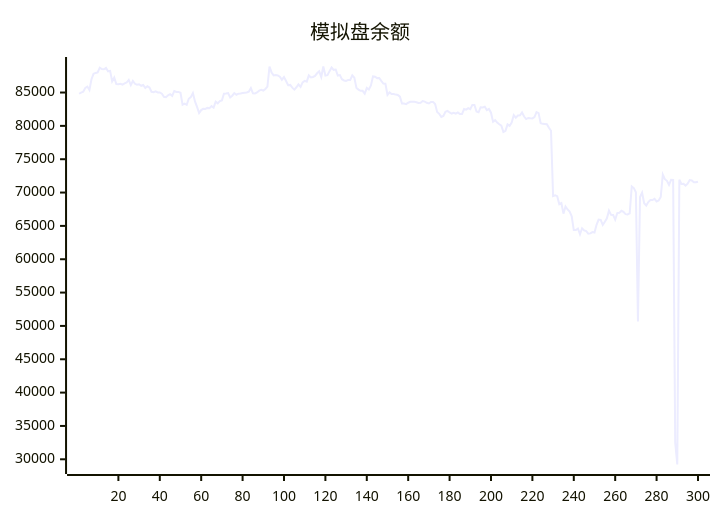
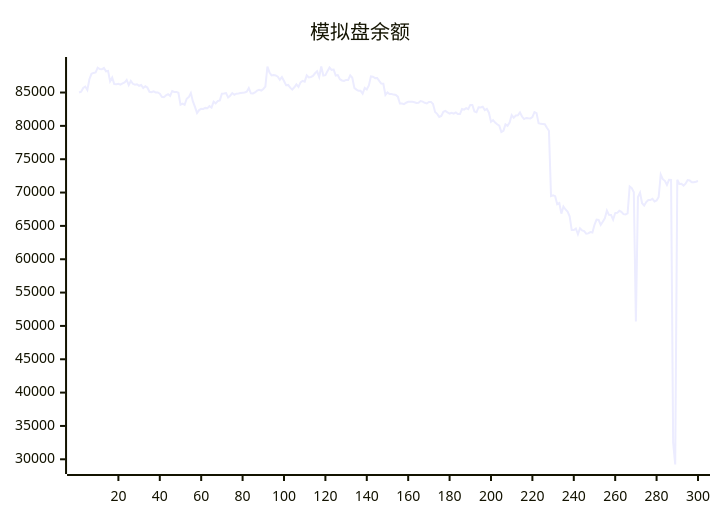
The diagram in README.md (aahl/ai-trading), drawn with Mermaid before and after one commit. The commit also changed other lines of this file and 1 other file, not shown here.

````diff
--- a/README.md
+++ b/README.md
@@ -5,5 +5,5 @@
 ```mermaid
 xychart
     title "模拟盘余额"
-    line [84816,85001,85127,85693,85891,85384,87001,87811,87945,88007,88734,88528,88495,88705,88189,88248,86662,87234,86279,86251,86314,86177,86364,86503,86886,86114,86731,86310,86176,86240,86017,86136,85685,85938,85749,85111,85044,85164,85016,85008,84824,84354,84287,84572,84745,84500,85234,85096,85095,84970,83180,83338,83157,84070,84309,84922,83667,82850,81924,82369,82552,82539,82695,82648,82962,82728,83619,83378,83710,83825,84819,84854,84917,84265,84527,84919,84668,84834,84850,84916,84981,85004,85131,85674,84891,84864,85019,85284,85393,85294,85538,85894,88904,88012,87567,87625,87568,87386,86920,87313,86737,86094,86143,85725,85437,85787,86219,85859,86526,86740,86630,87563,87264,87335,87483,87886,88180,87335,88894,87544,87608,88207,88755,88401,88444,87543,87608,87000,86810,86740,86894,86884,87576,87209,85686,85435,85251,85255,84820,85689,85453,86066,87420,87373,87161,87178,86740,86341,86315,84643,85012,84772,84768,84690,84635,84376,83360,83357,83259,83474,83608,83606,83602,83548,83440,83454,83724,83644,83464,83365,83590,83592,83275,82072,81806,81344,81492,82109,82254,82006,81848,81955,81829,82022,81769,81776,82522,82441,82656,82498,83144,83144,82150,82038,82797,82763,82872,82367,82536,81981,80612,80862,80484,80242,80034,79063,79245,80226,80016,80507,81625,81233,81544,81578,82016,81401,81019,81186,81130,81118,81306,82066,81909,80392,80304,80291,80258,79729,79261,69466,69579,69456,68251,68415,66832,67911,67462,67144,66432,64380,64375,64606,63740,64647,64324,64216,63842,63877,64078,64008,65156,65945,65888,65157,65625,66144,67284,66653,66639,65924,66925,66956,67263,67108,66766,66729,66886,70927,70673,70049,50652,69334,69973,68400,68061,68578,68876,68879,69055,68662,68822,69329,72687,71999,71760,71162,71911,71896,32500,29218,71927,71297,71305,71044,71337,71883,71822,71536,71536,71622]
+    line [85001,85127,85693,85891,85384,87001,87811,87945,88007,88734,88528,88495,88705,88189,88248,86662,87234,86279,86251,86314,86177,86364,86503,86886,86114,86731,86310,86176,86240,86017,86136,85685,85938,85749,85111,85044,85164,85016,85008,84824,84354,84287,84572,84745,84500,85234,85096,85095,84970,83180,83338,83157,84070,84309,84922,83667,82850,81924,82369,82552,82539,82695,82648,82962,82728,83619,83378,83710,83825,84819,84854,84917,84265,84527,84919,84668,84834,84850,84916,84981,85004,85131,85674,84891,84864,85019,85284,85393,85294,85538,85894,88904,88012,87567,87625,87568,87386,86920,87313,86737,86094,86143,85725,85437,85787,86219,85859,86526,86740,86630,87563,87264,87335,87483,87886,88180,87335,88894,87544,87608,88207,88755,88401,88444,87543,87608,87000,86810,86740,86894,86884,87576,87209,85686,85435,85251,85255,84820,85689,85453,86066,87420,87373,87161,87178,86740,86341,86315,84643,85012,84772,84768,84690,84635,84376,83360,83357,83259,83474,83608,83606,83602,83548,83440,83454,83724,83644,83464,83365,83590,83592,83275,82072,81806,81344,81492,82109,82254,82006,81848,81955,81829,82022,81769,81776,82522,82441,82656,82498,83144,83144,82150,82038,82797,82763,82872,82367,82536,81981,80612,80862,80484,80242,80034,79063,79245,80226,80016,80507,81625,81233,81544,81578,82016,81401,81019,81186,81130,81118,81306,82066,81909,80392,80304,80291,80258,79729,79261,69466,69579,69456,68251,68415,66832,67911,67462,67144,66432,64380,64375,64606,63740,64647,64324,64216,63842,63877,64078,64008,65156,65945,65888,65157,65625,66144,67284,66653,66639,65924,66925,66956,67263,67108,66766,66729,66886,70927,70673,70049,50652,69334,69973,68400,68061,68578,68876,68879,69055,68662,68822,69329,72687,71999,71760,71162,71911,71896,32500,29218,71927,71297,71305,71044,71337,71883,71822,71536,71536,71622,71723]
 ```
````
